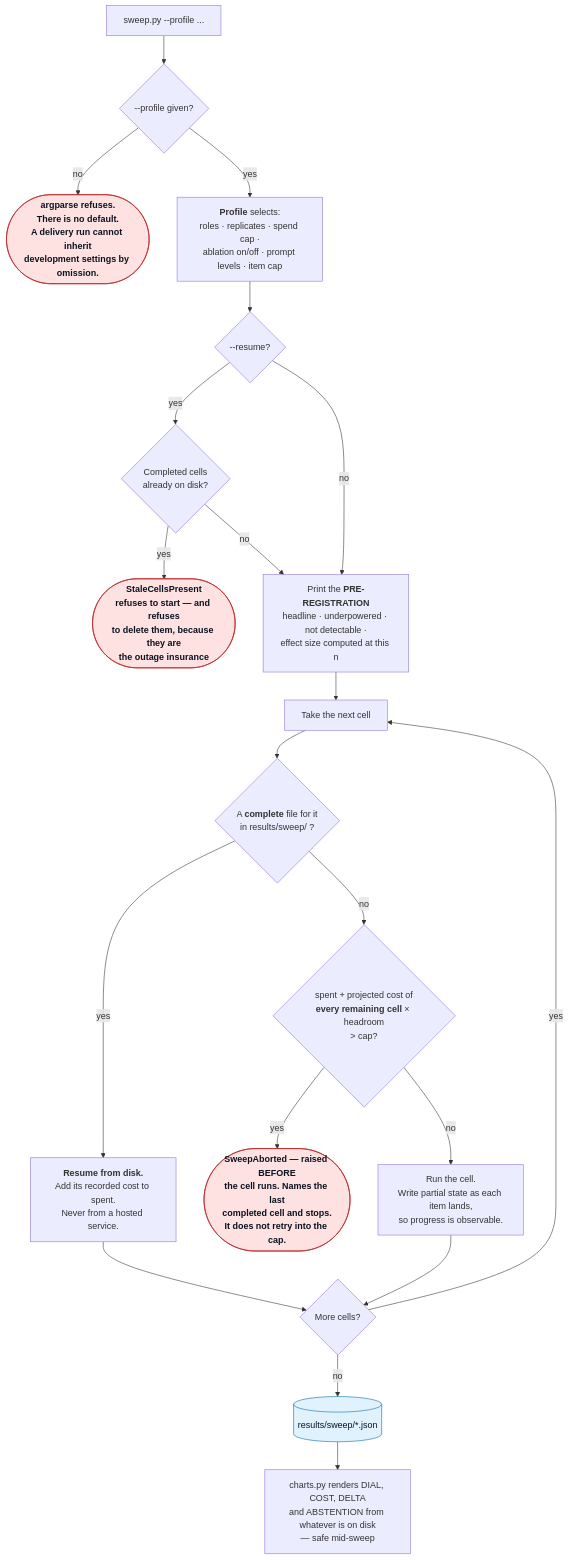
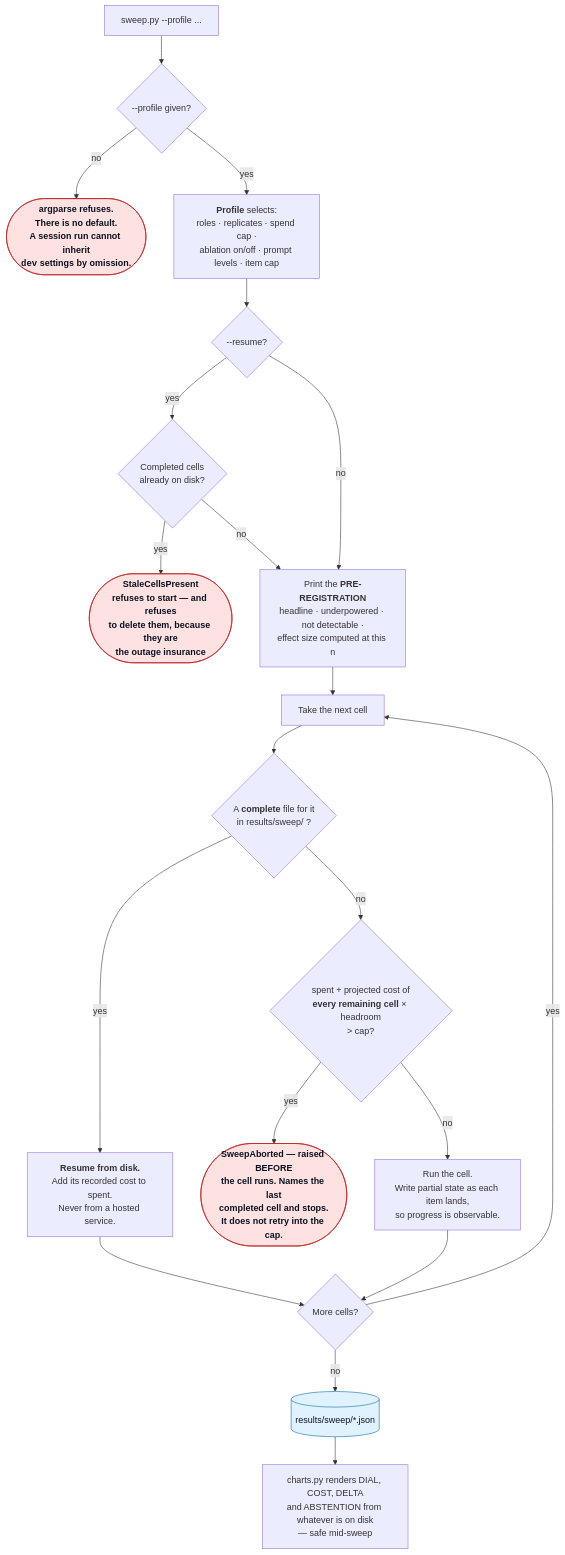
Before and after one commit to ANI-IN/loop-engineering: the fifth of 5 diagrams in README.md, drawn with Mermaid. The commit also changed other lines of this file and 12 other files, not shown here.

First line of the commit message:
docs: rewrite the README around detected-vs-undetected, run the session live, sweep every stale string

````diff
--- a/README.md
+++ b/README.md
@@ -374,29 +593,29 @@
 ```mermaid
 flowchart TD
     START["sweep.py --profile ..."] --> REQ{"--profile given?"}
-    REQ -->|no| NODEF(["argparse refuses.<br/><b>There is no default.</b><br/>A delivery run cannot inherit<br/>development settings by omission."])
+    REQ -->|no| NODEF(["argparse refuses.<br/><b>There is no default.</b><br/>A session run cannot inherit<br/><code>dev</code> settings by omission."])
     REQ -->|yes| PROF["<b>Profile</b> selects:<br/>roles · replicates · spend cap ·<br/>ablation on/off · prompt levels · item cap"]
 
     PROF --> FRESH{"--resume?"}
     FRESH -->|yes| STALE{"Completed cells<br/>already on disk?"}
     STALE -->|yes| REFUSE(["<b>StaleCellsPresent</b><br/>refuses to start — and refuses<br/>to delete them, because they are<br/>the outage insurance"])
     STALE -->|no| PRE
     FRESH -->|no| PRE["Print the <b>PRE-REGISTRATION</b><br/>headline · underpowered · not detectable ·<br/>effect size computed at this n"]
 
     PRE --> CELL["Take the next cell"]
     CELL --> DISK{"A <b>complete</b> file for it<br/>in results/sweep/ ?"}
     DISK -->|yes| RESUME["<b>Resume from disk.</b><br/>Add its recorded cost to spent.<br/>Never from a hosted service."]
     RESUME --> MORE
     DISK -->|no| PROJ{"spent + projected cost of<br/><b>every remaining cell</b> × headroom<br/>&gt; cap?"}
     PROJ -->|yes| ABORT(["<b>SweepAborted</b> — raised BEFORE<br/>the cell runs. Names the last<br/>completed cell and stops.<br/>It does not retry into the cap."])
     PROJ -->|no| RUN["Run the cell.<br/>Write partial state as each item lands,<br/>so progress is observable."]
     RUN --> MORE{"More cells?"}
     MORE -->|yes| CELL
     MORE -->|no| OUT[("results/sweep/*.json")]
     OUT --> CHARTS["charts.py renders DIAL, COST, DELTA<br/>and ABSTENTION from whatever is on disk<br/>— safe mid-sweep"]
 
     classDef refuse fill:#fee2e2,stroke:#b91c1c,color:#0b1220,font-weight:bold;
     classDef store fill:#e0f2fe,stroke:#0369a1,color:#0b1220;
     class NODEF,REFUSE,ABORT refuse;
     class OUT store;
 ```
````
